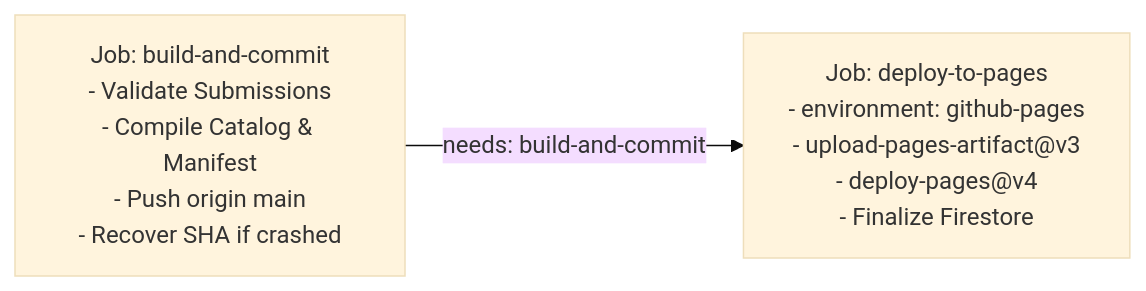
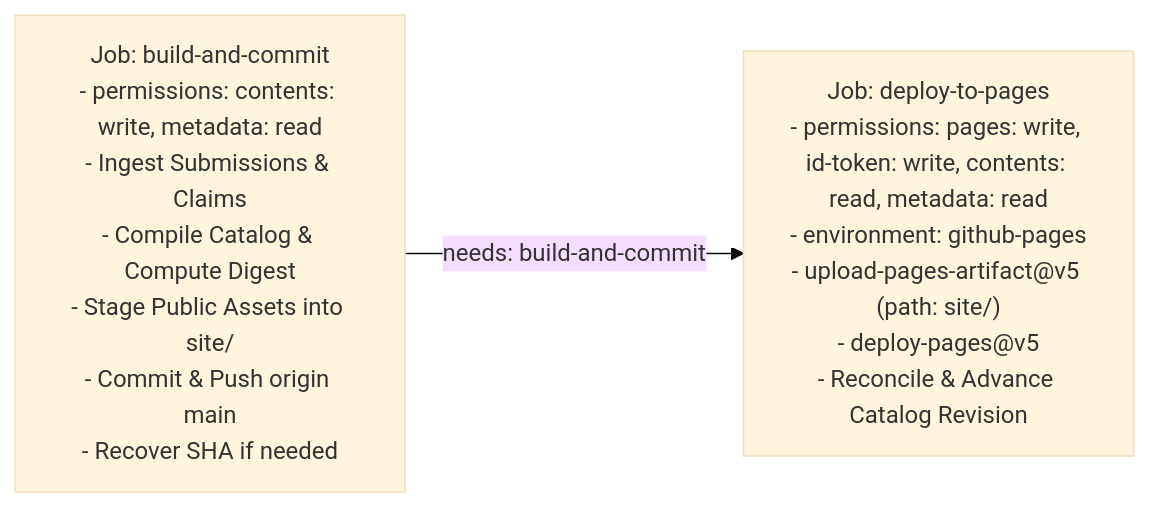
Before and after one commit to Rohitpvt/GitStore: the third of 3 diagrams in docs/ARCHITECTURE.md, drawn with Mermaid (base theme). The commit also changed other lines of this file and 13 other files, not shown here.

````diff
--- a/docs/ARCHITECTURE.md
+++ b/docs/ARCHITECTURE.md
@@ -438,4 +504,4 @@
   ```mermaid
   flowchart LR
-    Job1["Job: build-and-commit\n- Validate Submissions\n- Compile Catalog & Manifest\n- Push origin main\n- Recover SHA if crashed"] -->|needs: build-and-commit| Job2["Job: deploy-to-pages\n- environment: github-pages\n- upload-pages-artifact@v3\n- deploy-pages@v4\n- Finalize Firestore"]
+    Job1["Job: build-and-commit\n- permissions: contents: write, metadata: read\n- Ingest Submissions & Claims\n- Compile Catalog & Compute Digest\n- Stage Public Assets into site/\n- Commit & Push origin main\n- Recover SHA if needed"] -->|needs: build-and-commit| Job2["Job: deploy-to-pages\n- permissions: pages: write, id-token: write, contents: read, metadata: read\n- environment: github-pages\n- upload-pages-artifact@v5 (path: site/)\n- deploy-pages@v5\n- Reconcile & Advance Catalog Revision"]
   ```
````
